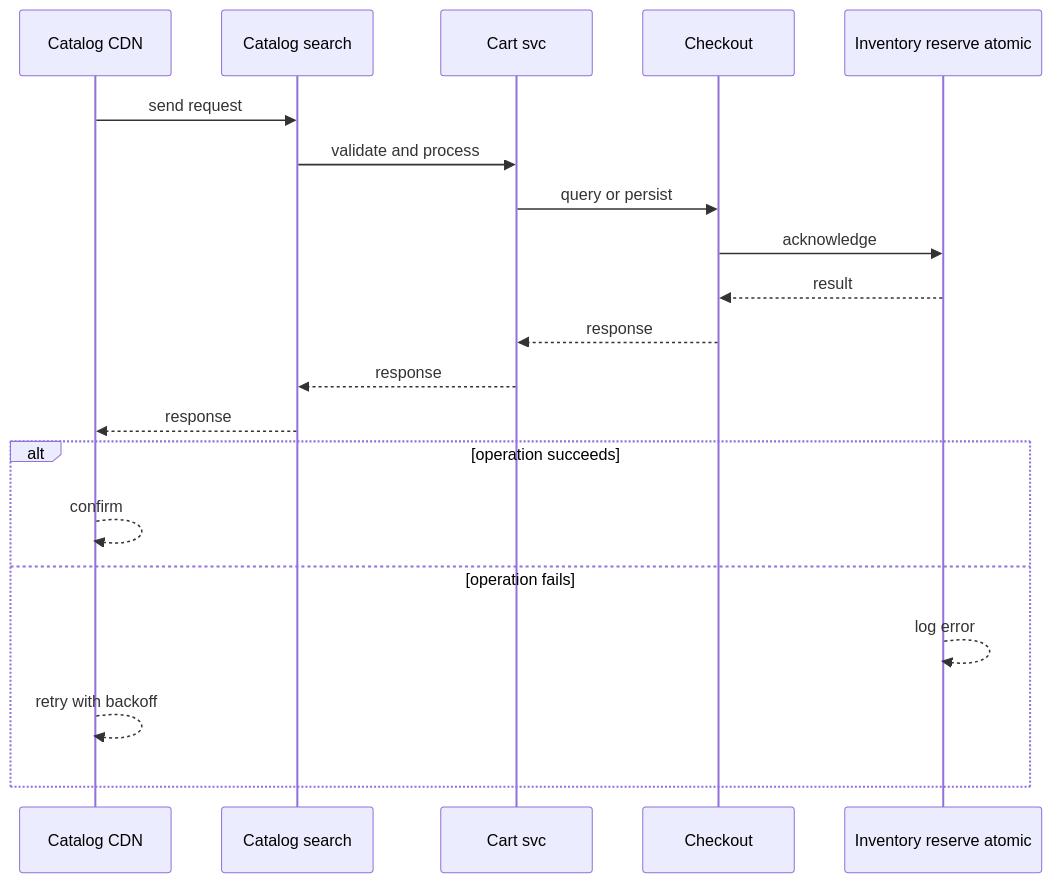
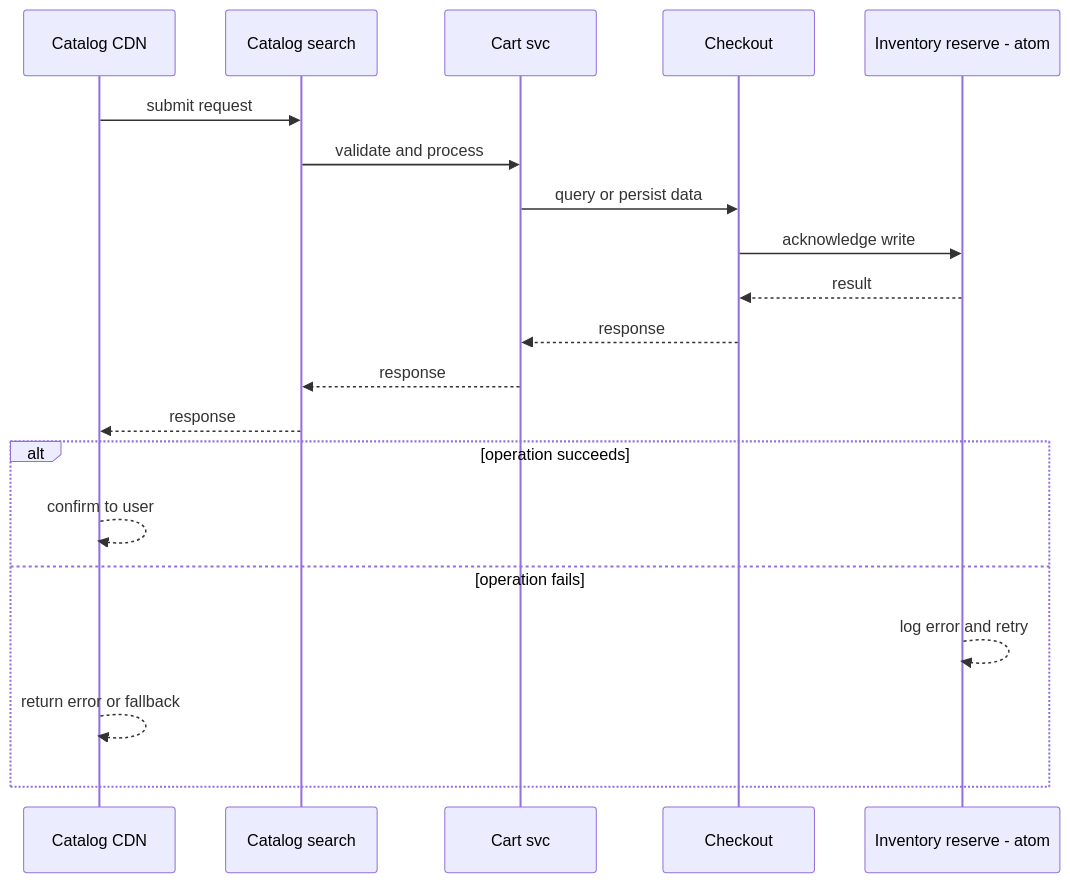
The second of 4 diagrams in case-studies/advanced/ecommerce-platform.md (RIT-MESH/system-design-mastery), drawn with Mermaid before and after one commit. The commit also changed other lines of this file and 127 other files, not shown here.

First line of the commit message:
Improve all case study diagrams: case-specific sequences, fix truncated labels

````diff
--- a/case-studies/advanced/ecommerce-platform.md
+++ b/case-studies/advanced/ecommerce-platform.md
@@ -78,23 +78,23 @@
 ```mermaid
 %% created-for: system-design-mastery
 sequenceDiagram
-  participant C0 as Catalog CDN
-  participant C1 as Catalog search
-  participant C2 as Cart svc
-  participant C3 as Checkout
-  participant C4 as Inventory reserve atomic
-  C0 ->> C1: send request
-  C1 ->> C2: validate and process
-  C2 ->> C3: query or persist
-  C3 ->> C4: acknowledge
-  C4 -->> C3: result
-  C3 -->> C2: response
-  C2 -->> C1: response
-  C1 -->> C0: response
+  participant P0 as Catalog CDN
+  participant P1 as Catalog search
+  participant P2 as Cart svc
+  participant P3 as Checkout
+  participant P4 as Inventory reserve - atom
+  P0 ->> P1: submit request
+  P1 ->> P2: validate and process
+  P2 ->> P3: query or persist data
+  P3 ->> P4: acknowledge write
+  P4 -->> P3: result
+  P3 -->> P2: response
+  P2 -->> P1: response
+  P1 -->> P0: response
   alt operation succeeds
-    C0 -->> C0: confirm
+    P0 -->> P0: confirm to user
   else operation fails
-    C4 -->> C4: log error
-    C0 -->> C0: retry with backoff
+    P4 -->> P4: log error and retry
+    P0 -->> P0: return error or fallback
   end
 ```
````
